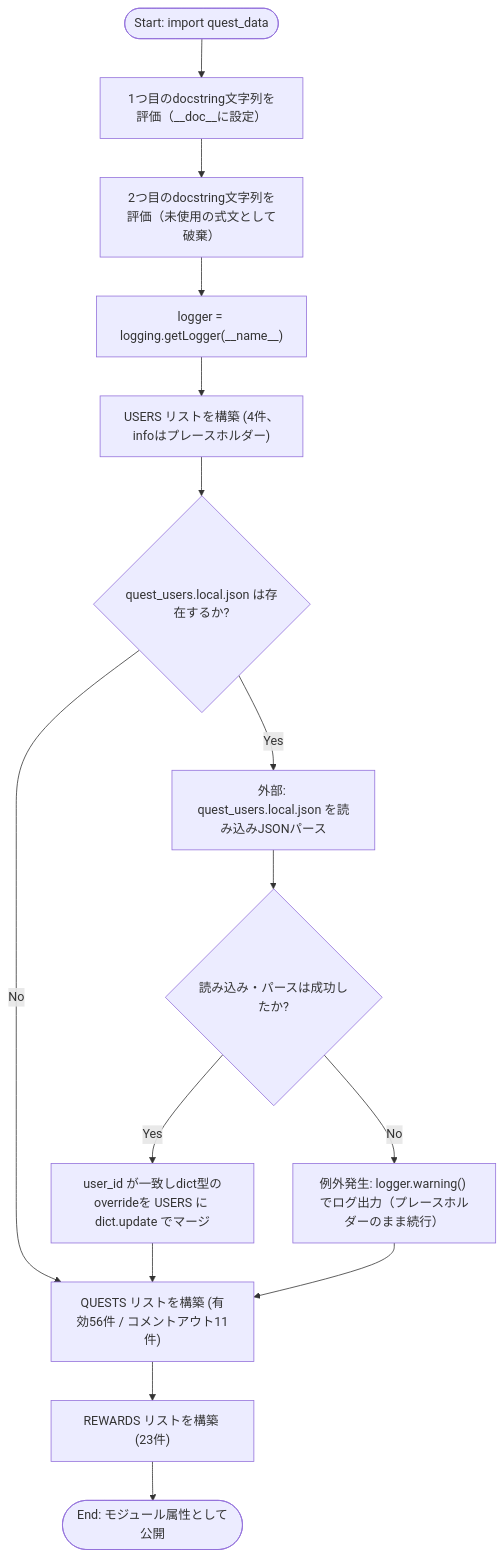
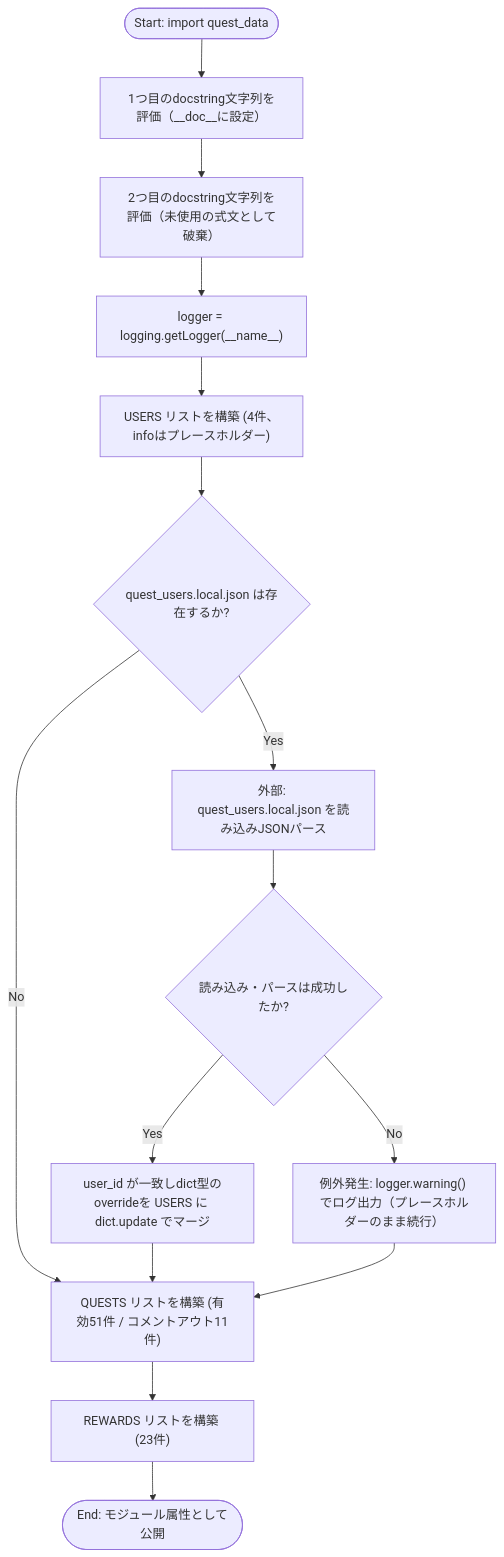
The first of 2 diagrams in docs/specifications/MY_HOME_SYSTEM/quest_data.md (mmtigers/my_python_project), drawn with Mermaid before and after one commit. The commit also changed other lines of this file and 6 other files, not shown here.

````diff
--- a/docs/specifications/MY_HOME_SYSTEM/quest_data.md
+++ b/docs/specifications/MY_HOME_SYSTEM/quest_data.md
@@ -195,17 +195,17 @@
 ```mermaid
 flowchart TD
     Start(["Start: import quest_data"]) --> Doc1["1つ目のdocstring文字列を評価（__doc__に設定）"]
     Doc1 --> Doc2["2つ目のdocstring文字列を評価（未使用の式文として破棄）"]
     Doc2 --> InitLogger["logger = logging.getLogger(__name__)"]
     InitLogger --> BuildUsers["USERS リストを構築 (4件、infoはプレースホルダー)"]
     BuildUsers --> CheckLocal{"quest_users.local.json は存在するか?"}
-    CheckLocal -- No --> BuildQuests["QUESTS リストを構築 (有効56件 / コメントアウト11件)"]
+    CheckLocal -- No --> BuildQuests["QUESTS リストを構築 (有効51件 / コメントアウト11件)"]
     CheckLocal -- Yes --> LoadLocal["外部: quest_users.local.json を読み込みJSONパース"]
     LoadLocal --> MergeCheck{"読み込み・パースは成功したか?"}
     MergeCheck -- Yes --> MergeUsers["user_id が一致しdict型のoverrideを USERS に dict.update でマージ"]
     MergeCheck -- No --> LogWarn["例外発生: logger.warning() でログ出力（プレースホルダーのまま続行）"]
     MergeUsers --> BuildQuests
     LogWarn --> BuildQuests
     BuildQuests --> BuildRewards["REWARDS リストを構築 (23件)"]
     BuildRewards --> End(["End: モジュール属性として公開"])
 ```
````
